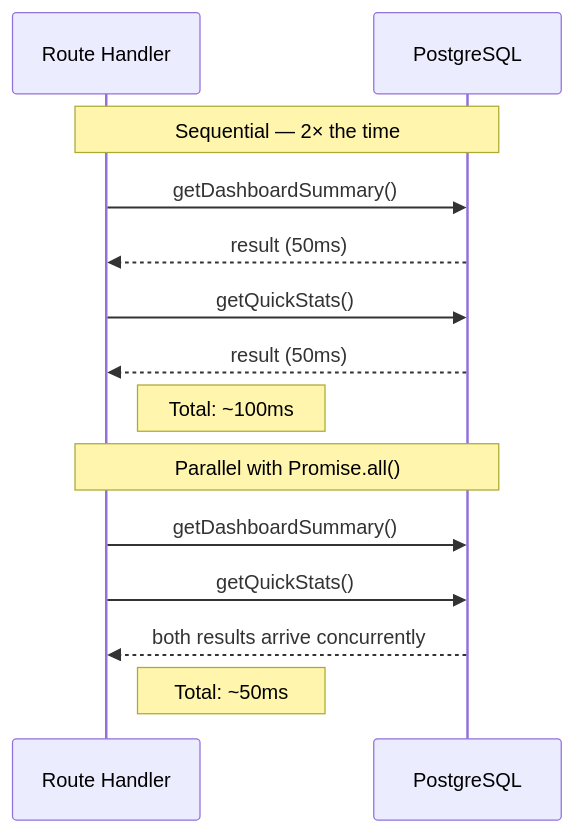
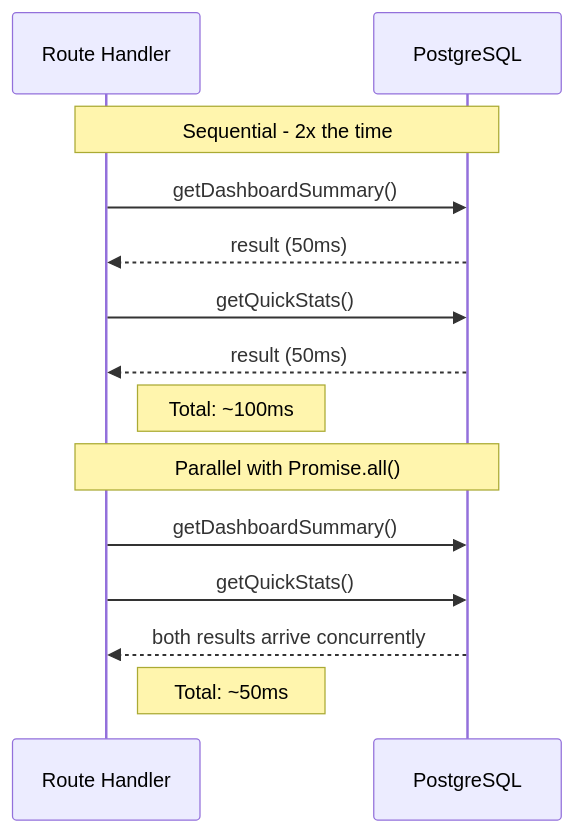
One commit to Ochanda-Charles/Event-scheduling-system changed diagram 14 of 15 in README.md. Above: the diagram before and after it, drawn with Mermaid. The commit also changed other lines of this file, not shown here.

Commit message:
docs: fix mermaid diagram rendering with proper indentation and syntax

````diff
--- a/README.md
+++ b/README.md
@@ -710,18 +710,18 @@
 ```mermaid
 sequenceDiagram
- participant Handler as Route Handler
- participant DB as PostgreSQL
+    participant Handler as Route Handler
+    participant DB as PostgreSQL
 
- Note over Handler,DB: Sequential — 2× the time
- Handler->>DB: getDashboardSummary()
- DB-->>Handler: result (50ms)
- Handler->>DB: getQuickStats()
- DB-->>Handler: result (50ms)
- Note right of Handler: Total: ~100ms
+    Note over Handler,DB: Sequential - 2x the time
+    Handler->>DB: getDashboardSummary()
+    DB-->>Handler: result (50ms)
+    Handler->>DB: getQuickStats()
+    DB-->>Handler: result (50ms)
+    Note right of Handler: Total: ~100ms
 
- Note over Handler,DB: Parallel with Promise.all()
- Handler->>DB: getDashboardSummary()
- Handler->>DB: getQuickStats()
- DB-->>Handler: both results arrive concurrently
- Note right of Handler: Total: ~50ms
+    Note over Handler,DB: Parallel with Promise.all()
+    Handler->>DB: getDashboardSummary()
+    Handler->>DB: getQuickStats()
+    DB-->>Handler: both results arrive concurrently
+    Note right of Handler: Total: ~50ms
 ```
````
